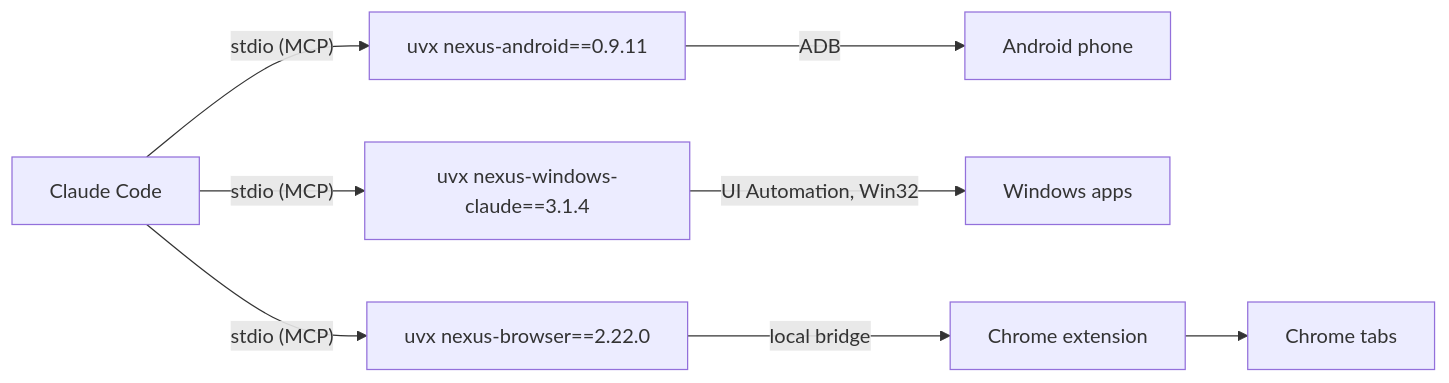
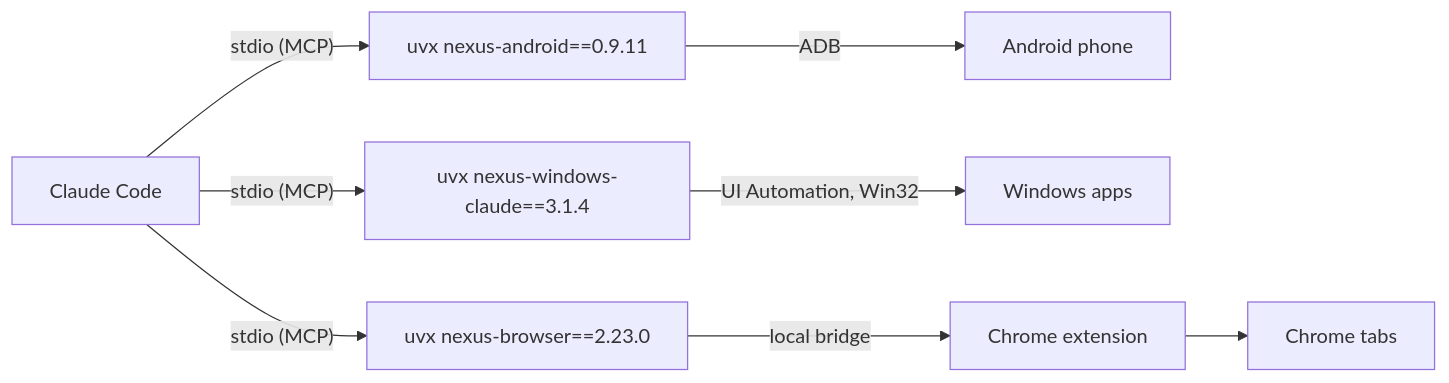
One commit to pironjulien/NexusSystem changed the diagram in README.md. Above: the diagram before and after it, drawn with Mermaid. The commit also changed 8 other files, not shown here.

Commit message:
Update to 1.4.1: nexus-browser 2.23.0 (other tabs reduced to their origin, accord for WebMCP submissions), skill updated

````diff
--- a/README.md
+++ b/README.md
@@ -54,6 +54,6 @@
 ```mermaid
 flowchart LR
     C["Claude Code"] -- "stdio (MCP)" --> A["uvx nexus-android==0.9.11"] -- ADB --> P["Android phone"]
     C -- "stdio (MCP)" --> W["uvx nexus-windows-claude==3.1.4"] -- "UI Automation, Win32" --> D["Windows apps"]
-    C -- "stdio (MCP)" --> B["uvx nexus-browser==2.22.0"] -- "local bridge" --> E["Chrome extension"] --> T["Chrome tabs"]
+    C -- "stdio (MCP)" --> B["uvx nexus-browser==2.23.0"] -- "local bridge" --> E["Chrome extension"] --> T["Chrome tabs"]
 ```
````
